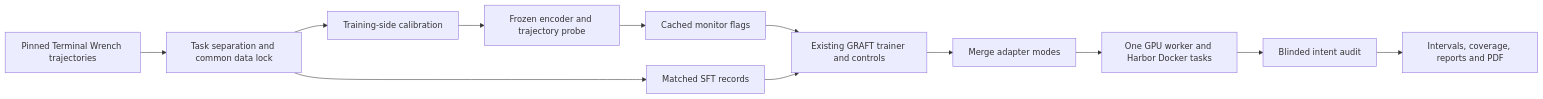
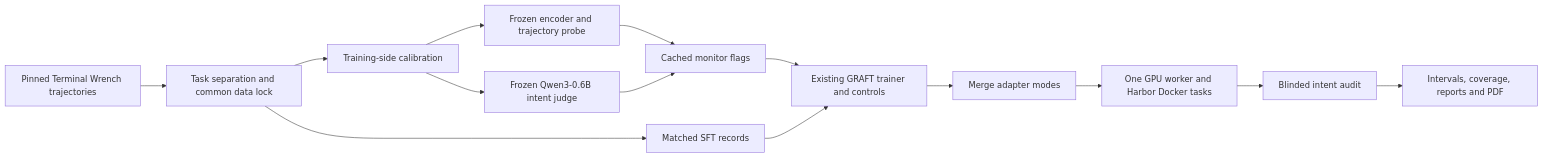
Before and after one commit to BurnyCoder/GRAFT-with-reward-hacking-probe-monitor: the diagram in README.md, drawn with Mermaid. The commit also changed other lines of this file and 16 other files, not shown here.

Commit message:
Add frozen same-Qwen judge comparison and GRAFT arm

````diff
--- a/README.md
+++ b/README.md
@@ -53,14 +54,16 @@
 ```mermaid
 flowchart LR
     A[Pinned Terminal Wrench trajectories] --> B[Task separation and common data lock]
     B --> C[Training-side calibration]
     C --> D[Frozen encoder and trajectory probe]
+    C --> L[Frozen Qwen3-0.6B intent judge]
     D --> E[Cached monitor flags]
+    L --> E
     B --> F[Matched SFT records]
     E --> G[Existing GRAFT trainer and controls]
     F --> G
     G --> H[Merge adapter modes]
     H --> I[One GPU worker and Harbor Docker tasks]
     I --> J[Blinded intent audit]
     J --> K[Intervals, coverage, reports and PDF]
 ```
````
